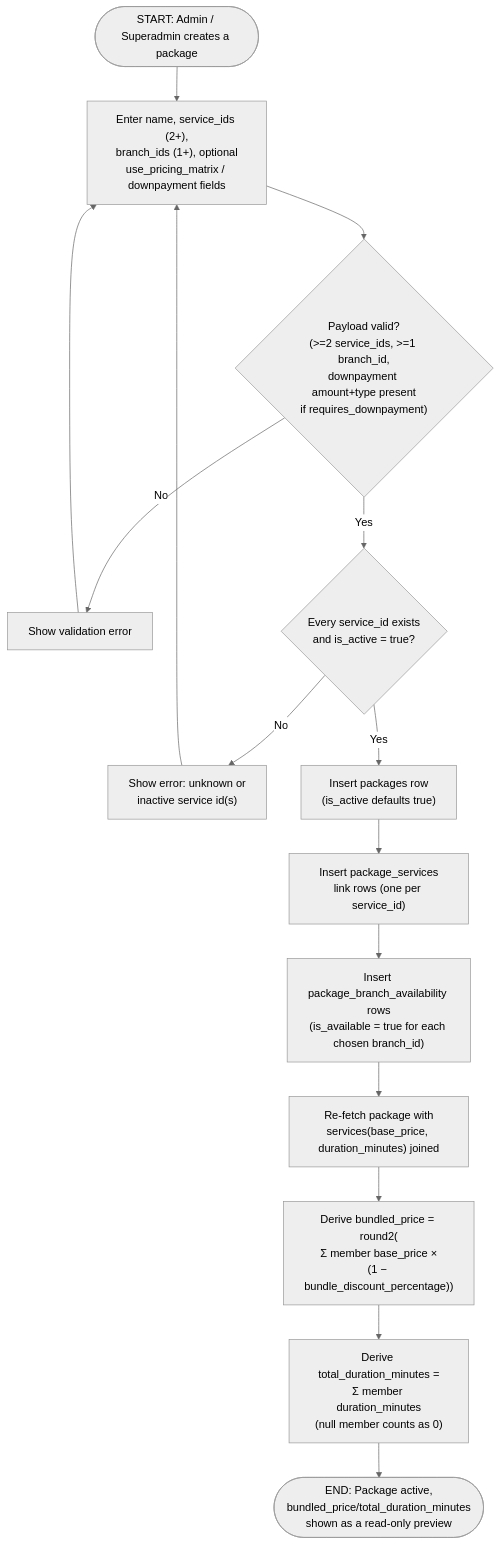
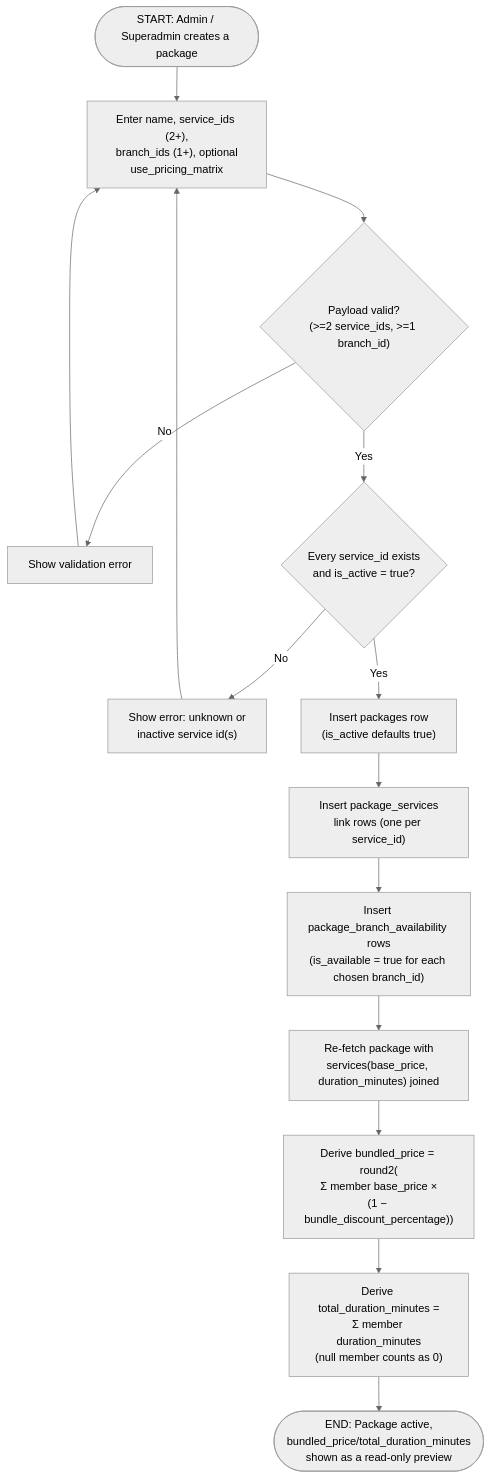
Before and after one commit to the-golden-fur/golden-fur-vault: the diagram in Library/golden-fur/workflows/M13-01-package-creation-bundled-pricing.md, drawn with Mermaid (neutral theme). The commit also changed other lines of this file and 26 other files, not shown here.

````diff
--- a/Library/golden-fur/workflows/M13-01-package-creation-bundled-pricing.md
+++ b/Library/golden-fur/workflows/M13-01-package-creation-bundled-pricing.md
@@ -24,15 +24,15 @@
 ```mermaid
 flowchart TD
-    A(["START: Admin / Superadmin creates a package"]) --> B["Enter name, service_ids (2+),\nbranch_ids (1+), optional\nuse_pricing_matrix / downpayment fields"]
-    B --> C{"Payload valid?\n(>=2 service_ids, >=1 branch_id,\ndownpayment amount+type present\nif requires_downpayment)"}
+    A(["START: Admin / Superadmin creates a package"]) --> B["Enter name, service_ids (2+),\nbranch_ids (1+), optional\nuse_pricing_matrix"]
+    B --> C{"Payload valid?\n(>=2 service_ids, >=1 branch_id)"}
     C -- "No" --> C1["Show validation error"] --> B
     C -- "Yes" --> D{"Every service_id exists\nand is_active = true?"}
     D -- "No" --> D1["Show error: unknown or\ninactive service id(s)"] --> B
     D -- "Yes" --> E["Insert packages row\n(is_active defaults true)"]
     E --> F["Insert package_services\nlink rows (one per service_id)"]
     F --> G["Insert package_branch_availability rows\n(is_available = true for each chosen branch_id)"]
     G --> H["Re-fetch package with\nservices(base_price, duration_minutes) joined"]
     H --> I["Derive bundled_price = round2(\nΣ member base_price ×\n(1 − bundle_discount_percentage))"]
     I --> J["Derive total_duration_minutes =\nΣ member duration_minutes\n(null member counts as 0)"]
     J --> K(["END: Package active,\nbundled_price/total_duration_minutes\nshown as a read-only preview"])
 ```
````
